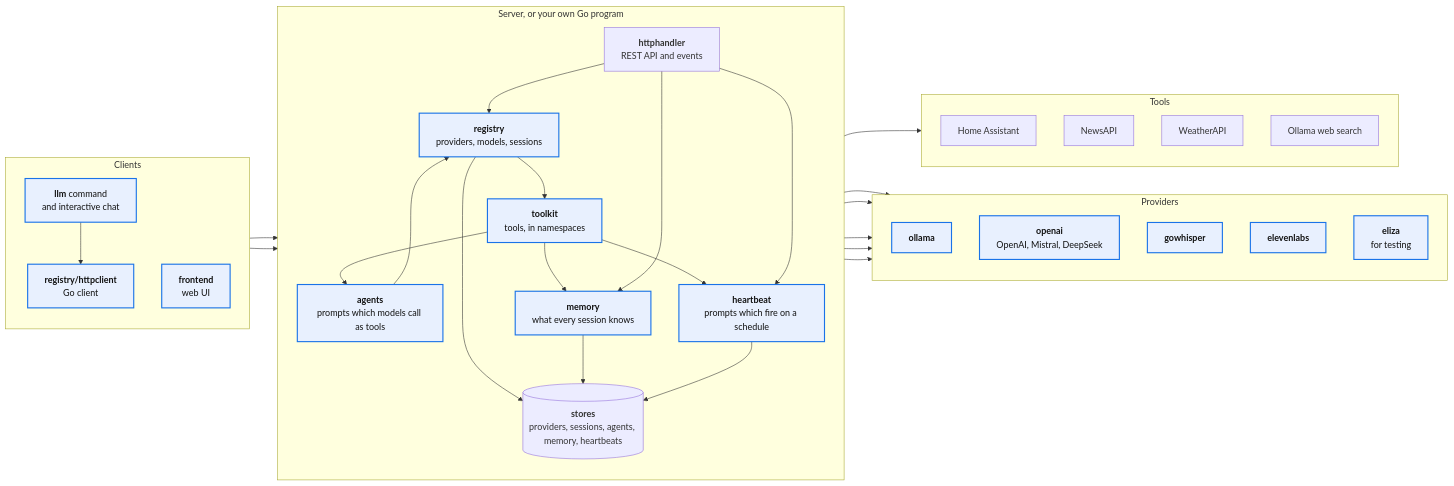
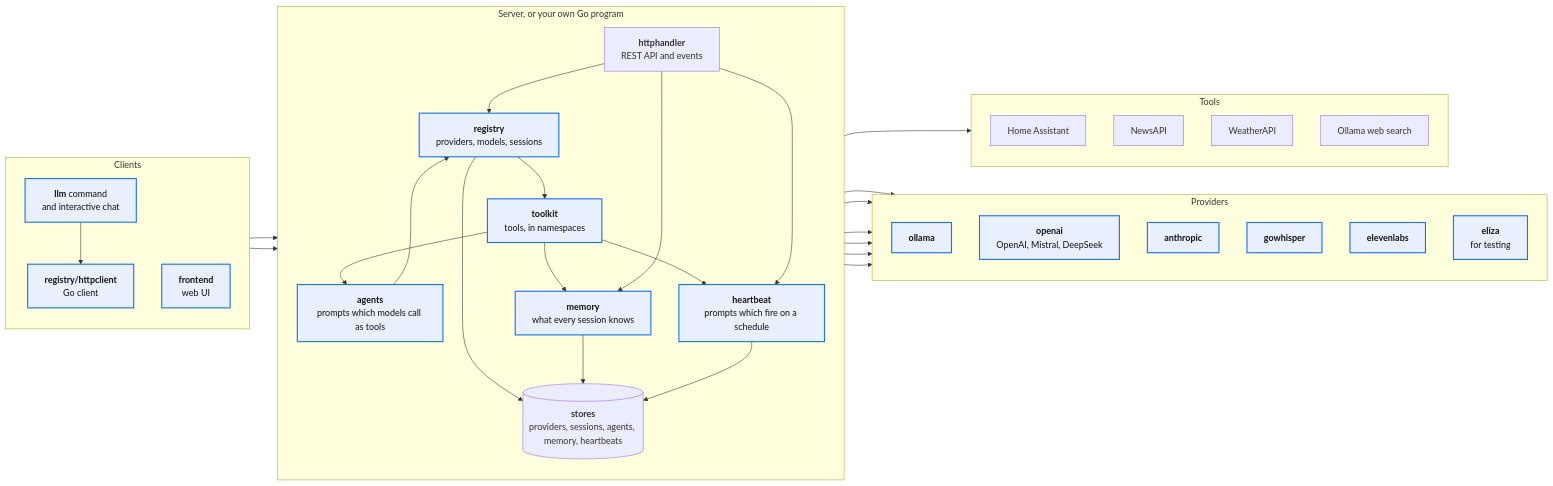
Before and after one commit to mutablelogic/go-llm: the diagram in README.md, drawn with Mermaid. The commit also changed other lines of this file and 28 other files, not shown here.

````diff
--- a/README.md
+++ b/README.md
@@ -122,70 +123,71 @@
 ```mermaid
 flowchart LR
     subgraph Clients
         direction TB
         CLI["`**llm** command
         and interactive chat`"]
         Client["`**registry/httpclient**
         Go client`"]
         UI["`**frontend**
         web UI`"]
     end
 
     subgraph Server["Server, or your own Go program"]
         direction TB
         API["`**httphandler**
         REST API and events`"]
         Registry["`**registry**
         providers, models, sessions`"]
         Toolkit["`**toolkit**
         tools, in namespaces`"]
         Agents["`**agents**
         prompts which models call as tools`"]
         Memory["`**memory**
         what every session knows`"]
         Heartbeat["`**heartbeat**
         prompts which fire on a schedule`"]
         Stores[("`**stores**
         providers, sessions, agents, memory, heartbeats`")]
     end
 
     subgraph Providers
         direction TB
         Ollama["`**ollama**`"]
         OpenAI["`**openai**
         OpenAI, Mistral, DeepSeek`"]
+        Anthropic["`**anthropic**`"]
         Whisper["`**gowhisper**`"]
         ElevenLabs["`**elevenlabs**`"]
         Eliza["`**eliza**
         for testing`"]
     end
 
     subgraph Tools
         direction TB
         HA["Home Assistant"]
         News["NewsAPI"]
         Weather["WeatherAPI"]
         Search["Ollama web search"]
     end
 
     CLI --> Client
     Client --> API
     UI --> API
     API --> Registry
     Registry --> Stores
     Registry --> Toolkit
     Toolkit --> Agents
     Toolkit --> Memory
     Agents --> Registry
     API --> Memory
     Memory --> Stores
     Toolkit --> Heartbeat
     API --> Heartbeat
     Heartbeat --> Stores
     Toolkit --> Tools
-    Registry --> Ollama & OpenAI & Whisper & ElevenLabs & Eliza
+    Registry --> Ollama & OpenAI & Anthropic & Whisper & ElevenLabs & Eliza
 
     classDef highlight fill:#e8f0fe,stroke:#1a73e8,stroke-width:2px,color:#111
     class CLI,Client,UI,Registry,Toolkit,Agents,Memory,Heartbeat highlight
-    class Ollama,OpenAI,Whisper,ElevenLabs,Eliza highlight
+    class Ollama,OpenAI,Anthropic,Whisper,ElevenLabs,Eliza highlight
 ```
````
